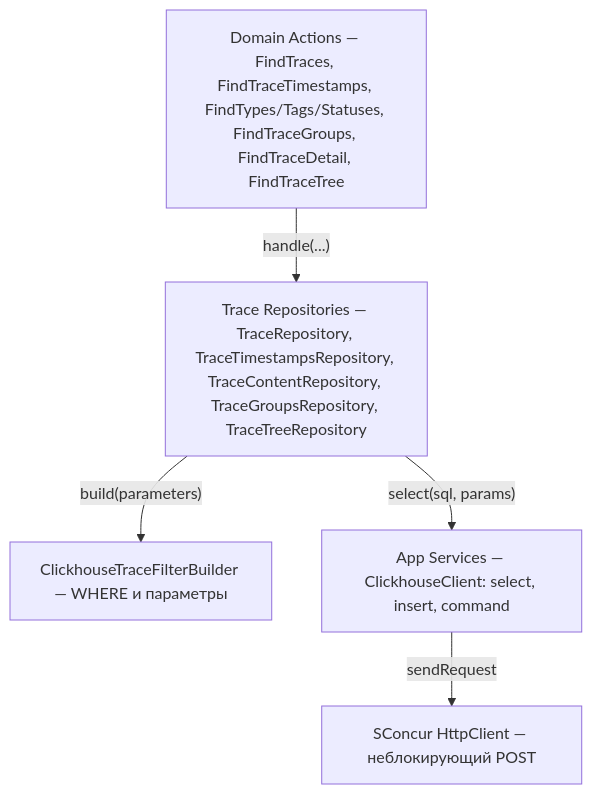
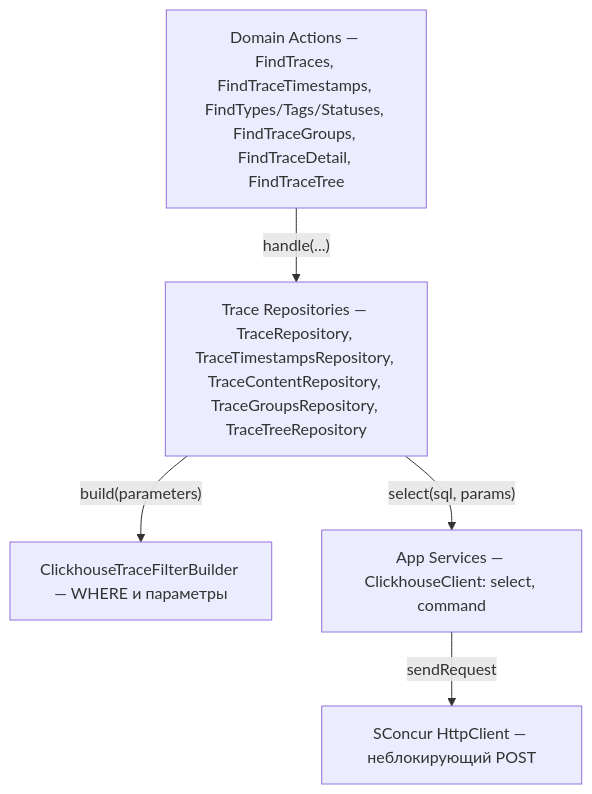
One commit to sprust/slogger changed the third of 3 diagrams in openspec/changes/traces-clickhouse-storage/design.md. Above: the diagram before and after it, drawn with Mermaid. The commit also changed other lines of this file and 32 other files, not shown here.

````diff
--- a/openspec/changes/traces-clickhouse-storage/design.md
+++ b/openspec/changes/traces-clickhouse-storage/design.md
@@ -144,12 +144,12 @@
 ```mermaid
 flowchart TB
     actions["Domain Actions — FindTraces, FindTraceTimestamps, FindTypes/Tags/Statuses, FindTraceGroups, FindTraceDetail, FindTraceTree"]
     repos["Trace Repositories — TraceRepository, TraceTimestampsRepository, TraceContentRepository, TraceGroupsRepository, TraceTreeRepository"]
     filter["ClickhouseTraceFilterBuilder — WHERE и параметры"]
-    client["App Services — ClickhouseClient: select, insert, command"]
+    client["App Services — ClickhouseClient: select, command"]
     http["SConcur HttpClient — неблокирующий POST"]
     actions -->|"handle(...)"| repos
     repos -->|"build(parameters)"| filter
     repos -->|"select(sql, params)"| client
     client -->|"sendRequest"| http
 ```
````
